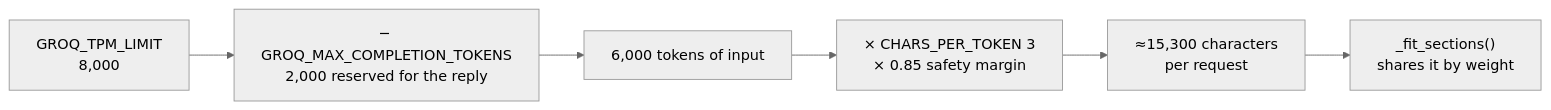
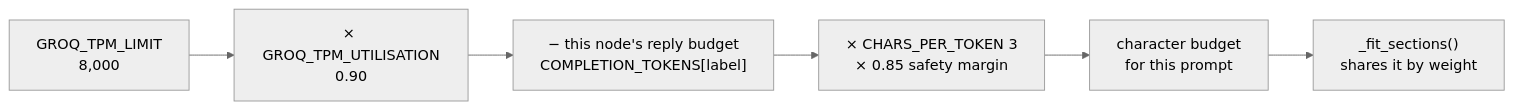
One commit to ayushYadav1107/VoyaGen-AI- changed the first of 4 diagrams in docs/getting-started.md. Above: the diagram before and after it, drawn with Mermaid (neutral theme). The commit also changed other lines of this file and 6 other files, not shown here.

````diff
--- a/docs/getting-started.md
+++ b/docs/getting-started.md
@@ -203,8 +210,8 @@
 ```mermaid
 flowchart LR
-    A["GROQ_TPM_LIMIT<br/>8,000"] --> B["− GROQ_MAX_COMPLETION_TOKENS<br/>2,000 reserved for the reply"]
-    B --> C["6,000 tokens of input"]
+    A["GROQ_TPM_LIMIT<br/>8,000"] --> B["× GROQ_TPM_UTILISATION<br/>0.90"]
+    B --> C["− this node's reply budget<br/>COMPLETION_TOKENS[label]"]
     C --> D["× CHARS_PER_TOKEN 3<br/>× 0.85 safety margin"]
-    D --> E["≈15,300 characters<br/>per request"]
+    D --> E["character budget<br/>for this prompt"]
     E --> F["_fit_sections()<br/>shares it by weight"]
 ```
````
